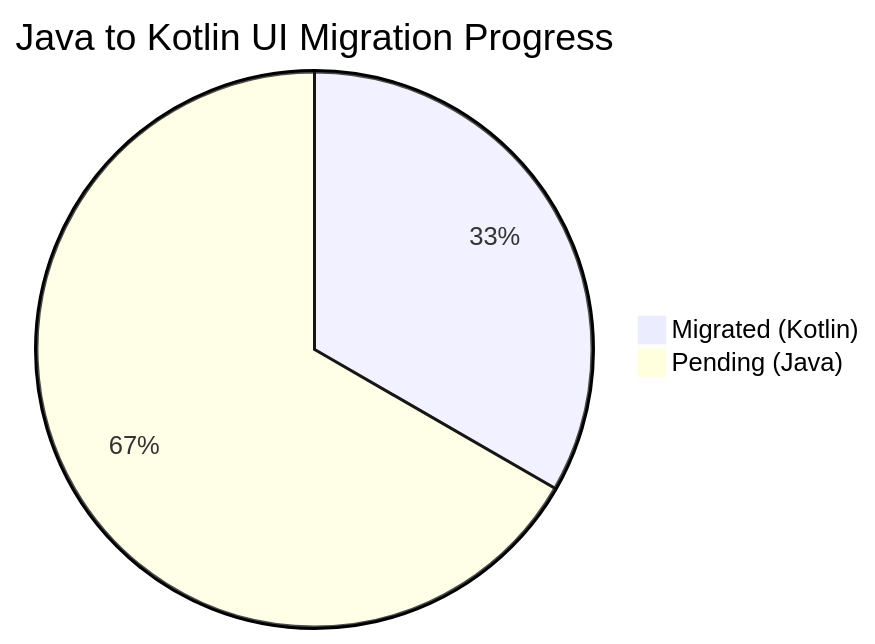
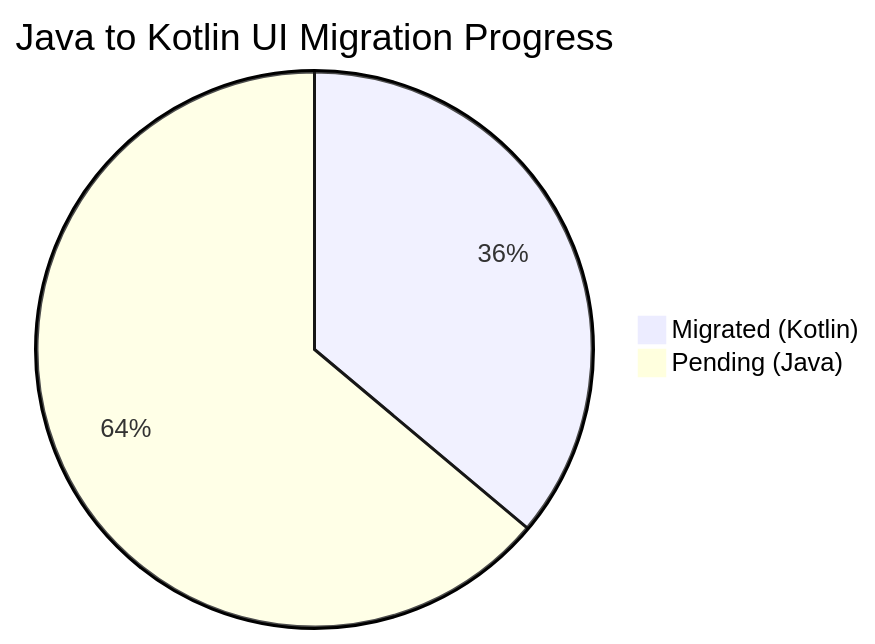
Before and after one commit to solomonrajan/cashledger: the second of 2 diagrams in README.md, drawn with Mermaid. The commit also changed other lines of this file and 2 other files, not shown here.

Commit message:
refactor: migrate LockActivity to Kotlin
This commit migrates LockActivity.java to LockActivity.kt, completing one of the most complex activities in the project.

````diff
--- a/README.md
+++ b/README.md
@@ -158,5 +158,5 @@
 ```mermaid
 pie title Java to Kotlin UI Migration Progress
-    "Migrated (Kotlin)" : 12
-    "Pending (Java)" : 24
+    "Migrated (Kotlin)" : 13
+    "Pending (Java)" : 23
 ```
````
